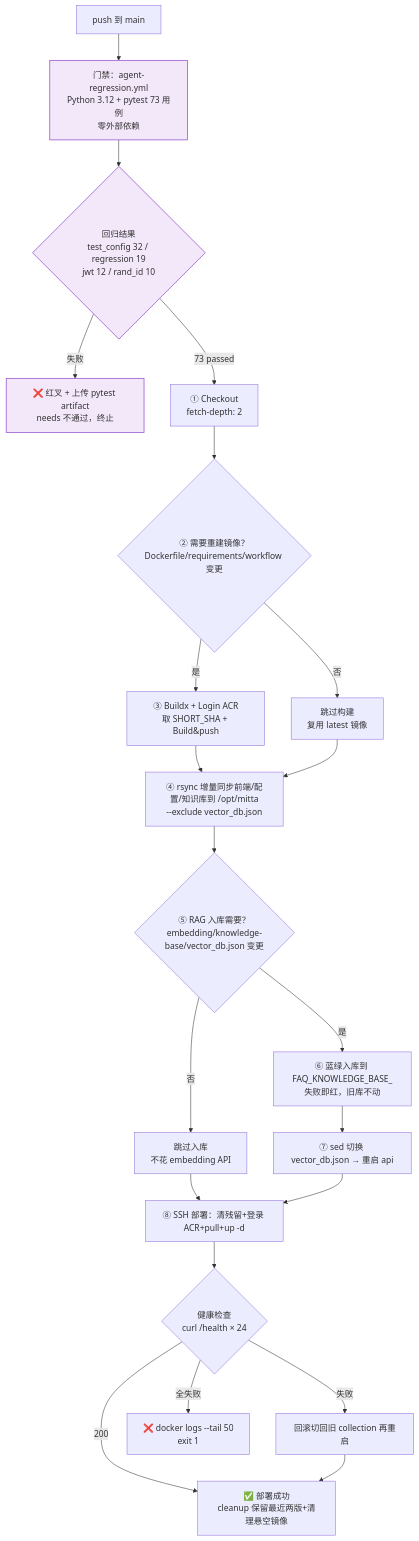
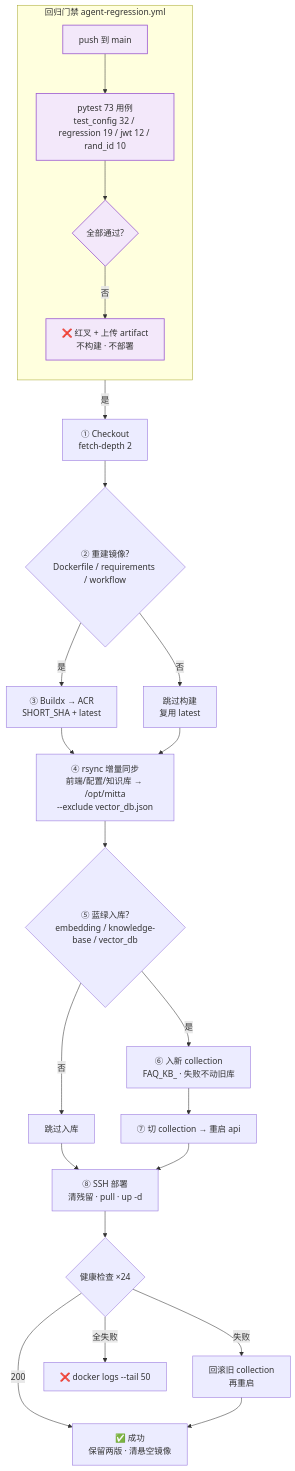
Before and after one commit to Q1anyii/Mitta: the diagram in README.md, drawn with Mermaid. The commit also changed other lines of this file and 4 other files, not shown here.

Commit message:
docs: README 新增工程亮点速览（前置展示）+ CI 流水线图 subgraph 分组精简；入库 28 条 judge 评测集与三份评测报告

````diff
--- a/README.md
+++ b/README.md
@@ -902,27 +909,29 @@
 ```mermaid
 flowchart TD
-    PUSH[push 到 main] --> REG[门禁：agent-regression.yml<br/>Python 3.12 + pytest 73 用例<br/>零外部依赖]
-    REG --> REGJ{回归结果<br/>test_config 32 / regression 19<br/>jwt 12 / rand_id 10}
-    REGJ -->|失败| REGFAIL[❌ 红叉 + 上传 pytest artifact<br/>needs 不通过，终止]
-    REGJ -->|73 passed| CHECK[① Checkout<br/>fetch-depth: 2]
-    CHECK --> DETECT{② 需要重建镜像？<br/>Dockerfile/requirements/workflow 变更}
-    DETECT -->|是| BUILD[③ Buildx + Login ACR<br/>取 SHORT_SHA + Build&push]
-    DETECT -->|否| SKIP[跳过构建<br/>复用 latest 镜像]
-    BUILD --> RSYNC
+    subgraph GATE[回归门禁 agent-regression.yml]
+        direction TB
+        PUSH[push 到 main] --> REG[pytest 73 用例<br/>test_config 32 / regression 19 / jwt 12 / rand_id 10]
+        REG --> REGJ{全部通过?}
+        REGJ -->|否| REGFAIL[❌ 红叉 + 上传 artifact<br/>不构建 · 不部署]
+    end
+    REGJ -->|是| CHECK[① Checkout<br/>fetch-depth 2]
+    CHECK --> DETECT{② 重建镜像?<br/>Dockerfile / requirements / workflow}
+    DETECT -->|是| BUILD[③ Buildx → ACR<br/>SHORT_SHA + latest]
+    DETECT -->|否| SKIP[跳过构建<br/>复用 latest]
+    BUILD --> RSYNC[④ rsync 增量同步<br/>前端/配置/知识库 → /opt/mitta<br/>--exclude vector_db.json]
     SKIP --> RSYNC
-    RSYNC[④ rsync 增量同步前端/配置/知识库到 /opt/mitta<br/>--exclude vector_db.json]
-    RSYNC --> INGEST{⑤ RAG 入库需要？<br/>embedding/knowledge-base/vector_db.json 变更}
-    INGEST -->|是| BLUE[⑥ 蓝绿入库到 FAQ_KNOWLEDGE_BASE_<short_sha><br/>失败即红，旧库不动]
-    INGEST -->|否| SKIPI[跳过入库<br/>不花 embedding API]
-    BLUE --> SWITCH[⑦ sed 切换 vector_db.json → 重启 api]
+    RSYNC --> INGEST{⑤ 蓝绿入库?<br/>embedding / knowledge-base / vector_db}
+    INGEST -->|是| BLUE[⑥ 入新 collection<br/>FAQ_KB_<sha> · 失败不动旧库]
+    INGEST -->|否| SKIPI[跳过入库]
+    BLUE --> SWITCH[⑦ 切 collection → 重启 api]
     SKIPI --> SSH
-    SWITCH --> SSH[⑧ SSH 部署：清残留+登录 ACR+pull+up -d]
-    SSH --> HEALTH{健康检查<br/>curl /health × 24}
-    HEALTH -->|200| OK[✅ 部署成功<br/>cleanup 保留最近两版+清理悬空镜像]
-    HEALTH -->|失败| ROLLBACK[回滚切回旧 collection 再重启]
+    SWITCH --> SSH[⑧ SSH 部署<br/>清残留 · pull · up -d]
+    SSH --> HEALTH{健康检查 ×24}
+    HEALTH -->|200| OK[✅ 成功<br/>保留两版 · 清悬空镜像]
+    HEALTH -->|失败| ROLLBACK[回滚旧 collection<br/>再重启]
     ROLLBACK --> OK
-    HEALTH -->|全失败| FAIL[❌ docker logs --tail 50<br/>exit 1]
+    HEALTH -->|全失败| FAIL[❌ docker logs --tail 50]
 
     classDef gate fill:#F3E8FA,stroke:#9C5BD0,stroke-width:1.5px;
-    class REG,REGJ,REGFAIL gate;
+    class PUSH,REG,REGJ,REGFAIL gate;
 ```
````
